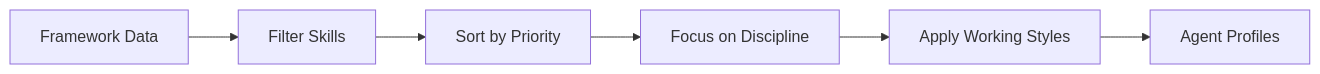
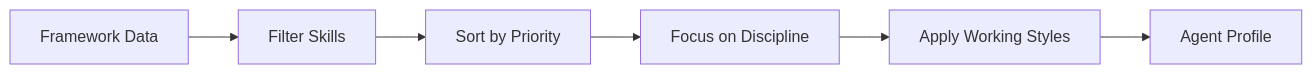
The diagram in website/docs/guides/agent-teams/index.md (forwardimpact/pathway), drawn with Mermaid before and after one commit. The commit also changed other lines of this file and 1 other file, not shown here.

````diff
--- a/website/docs/guides/agent-teams/index.md
+++ b/website/docs/guides/agent-teams/index.md
@@ -42,8 +41,8 @@
 ```mermaid
 graph LR
     A[Framework Data] --> B[Filter Skills]
     B --> C[Sort by Priority]
     C --> D[Focus on Discipline]
     D --> E[Apply Working Styles]
-    E --> F[Agent Profiles]
+    E --> F[Agent Profile]
 ```
````
